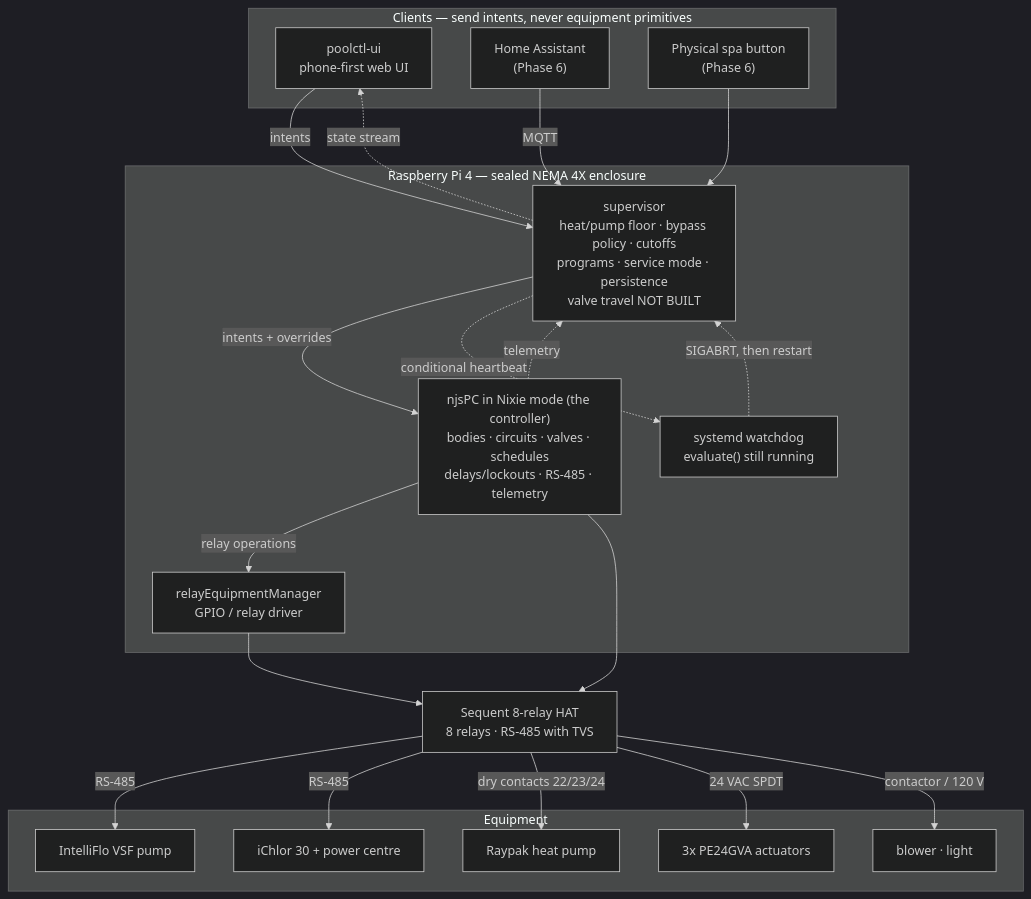
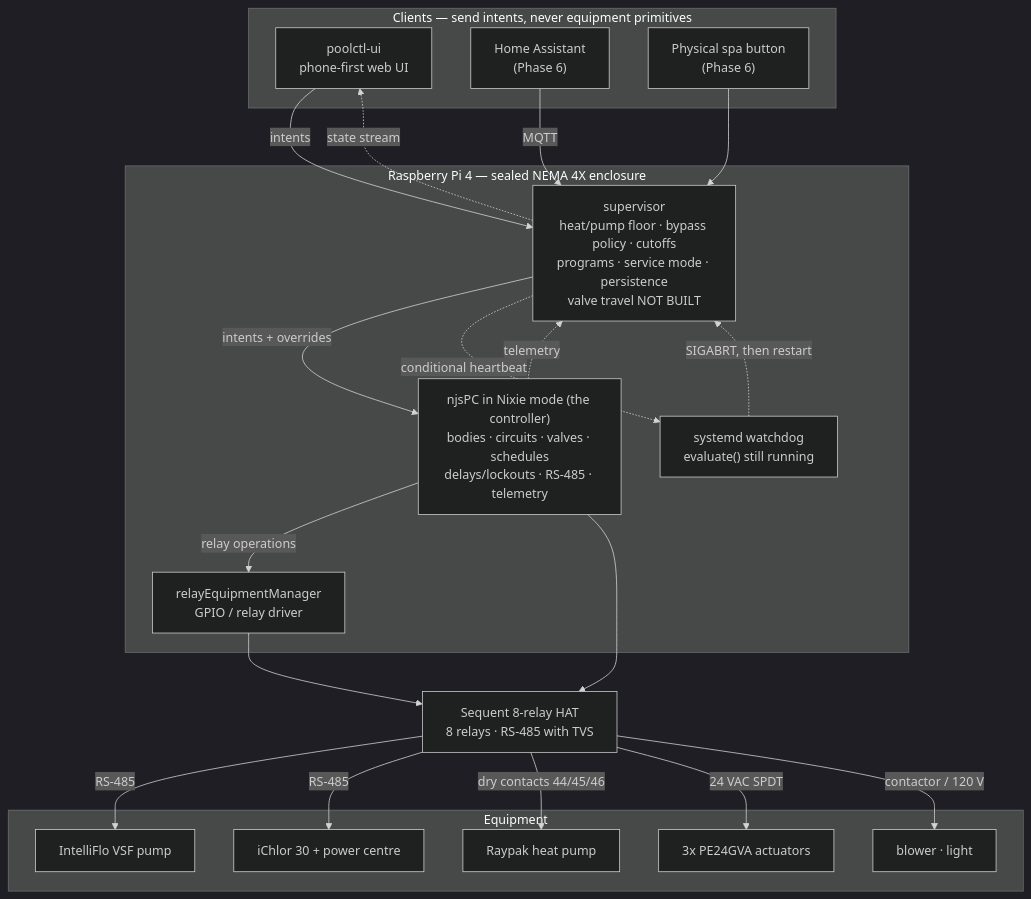
The diagram in docs/architecture.md (j4rs/poolctl), drawn with Mermaid (dark theme) before and after one commit. The commit also changed 5 other files, not shown here.

````diff
--- a/docs/architecture.md
+++ b/docs/architecture.md
@@ -17,42 +17,42 @@
 ```mermaid
 flowchart TB
   subgraph clients["Clients — send intents, never equipment primitives"]
     UI["poolctl-ui<br/>phone-first web UI"]
     HA["Home Assistant<br/>(Phase 6)"]
     BTN["Physical spa button<br/>(Phase 6)"]
   end
 
   subgraph pi["Raspberry Pi 4 — sealed NEMA 4X enclosure"]
     SEQ["supervisor<br/>heat/pump floor · bypass policy · cutoffs<br/>programs · service mode · persistence<br/>valve travel NOT BUILT"]
     NJS["njsPC in Nixie mode (the controller)<br/>bodies · circuits · valves · schedules<br/>delays/lockouts · RS-485 · telemetry"]
     REM["relayEquipmentManager<br/>GPIO / relay driver"]
     WD["systemd watchdog<br/>evaluate() still running"]
   end
 
   HAT["Sequent 8-relay HAT<br/>8 relays · RS-485 with TVS"]
 
   subgraph equip["Equipment"]
     PUMP["IntelliFlo VSF pump"]
     CELL["iChlor 30 + power centre"]
     HTR["Raypak heat pump"]
     VLV["3x PE24GVA actuators"]
     AUX["blower · light"]
   end
 
   UI -->|intents| SEQ
   HA -->|MQTT| SEQ
   BTN --> SEQ
   SEQ -->|intents + overrides| NJS
   NJS -->|relay operations| REM
   SEQ -.->|conditional heartbeat| WD
   NJS -.->|telemetry| SEQ
   SEQ -.->|state stream| UI
   NJS --> HAT
   REM --> HAT
   WD -.->|SIGABRT, then restart| SEQ
   HAT -->|RS-485| PUMP
   HAT -->|RS-485| CELL
-  HAT -->|dry contacts 22/23/24| HTR
+  HAT -->|dry contacts 44/45/46| HTR
   HAT -->|24 VAC SPDT| VLV
   HAT -->|contactor / 120 V| AUX
 ```
````
